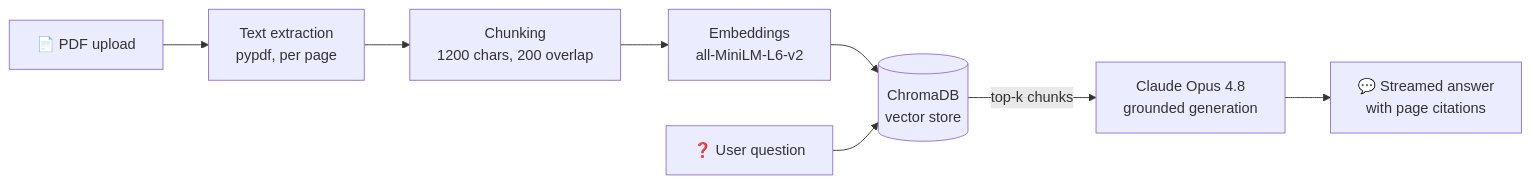
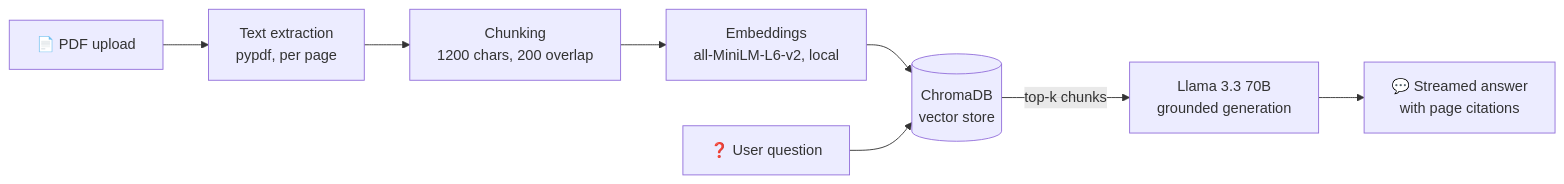
Before and after one commit to raveesh2004/pdf-rag-chat: the diagram in README.md, drawn with Mermaid. The commit also changed other lines of this file and 4 other files, not shown here.

Commit message:
Switch generation to free Groq API (Llama 3.3 70B)

````diff
--- a/README.md
+++ b/README.md
@@ -7,10 +7,10 @@
 ```mermaid
 flowchart LR
     PDF[📄 PDF upload] --> EX[Text extraction\npypdf, per page]
     EX --> CH[Chunking\n1200 chars, 200 overlap]
-    CH --> EMB[Embeddings\nall-MiniLM-L6-v2]
+    CH --> EMB[Embeddings\nall-MiniLM-L6-v2, local]
     EMB --> DB[(ChromaDB\nvector store)]
     Q[❓ User question] --> DB
-    DB -->|top-k chunks| LLM[Claude Opus 4.8\ngrounded generation]
+    DB -->|top-k chunks| LLM[Llama 3.3 70B\ngrounded generation]
     LLM --> A[💬 Streamed answer\nwith page citations]
 ```
````
